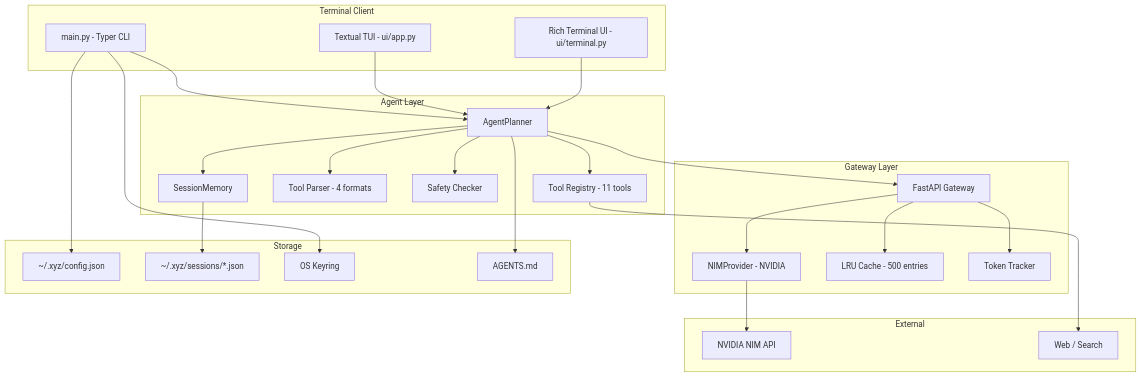
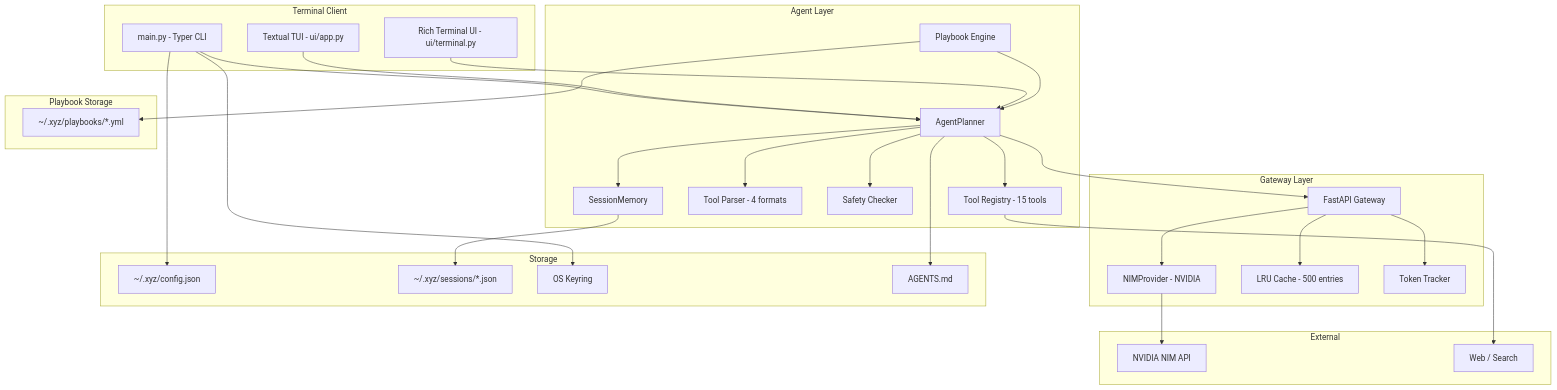
Before and after one commit to krsatyam36/xyz: the second of 11 diagrams in README.md, drawn with Mermaid. The commit also changed other lines of this file and 7 other files, not shown here.

````diff
--- a/README.md
+++ b/README.md
@@ -114,53 +120,59 @@
 ```mermaid
 graph TB
     subgraph "Terminal Client"
         CLI[main.py - Typer CLI]
         TUI[Textual TUI - ui/app.py]
         RTUI[Rich Terminal UI - ui/terminal.py]
     end
 
     subgraph "Agent Layer"
         Planner[AgentPlanner]
         Memory[SessionMemory]
         Parser[Tool Parser - 4 formats]
         Safety[Safety Checker]
-        Tools[Tool Registry - 11 tools]
+        Tools[Tool Registry - 15 tools]
+        Playbook[Playbook Engine]
     end
 
     subgraph "Gateway Layer"
         FastAPI[FastAPI Gateway]
         Provider[NIMProvider - NVIDIA]
         Cache[LRU Cache - 500 entries]
         Tracker[Token Tracker]
     end
 
     subgraph "External"
         NIM[NVIDIA NIM API]
         Web[Web / Search]
     end
 
     subgraph "Storage"
         Config[~/.xyz/config.json]
         Sessions[~/.xyz/sessions/*.json]
         Keyring[OS Keyring]
         Agents[AGENTS.md]
     end
 
     CLI --> Planner
     TUI --> Planner
     RTUI --> Planner
     Planner --> Memory
     Planner --> Parser
     Planner --> Safety
     Planner --> Tools
     Planner --> FastAPI
     FastAPI --> Provider
     FastAPI --> Cache
     FastAPI --> Tracker
     Provider --> NIM
     Tools --> Web
+    Playbook --> Planner
+    Playbook --> PlaybooksDir
     CLI --> Config
     Memory --> Sessions
     CLI --> Keyring
     Planner --> Agents
+    subgraph "Playbook Storage"
+        PlaybooksDir[~/.xyz/playbooks/*.yml]
+    end
 ```
````
